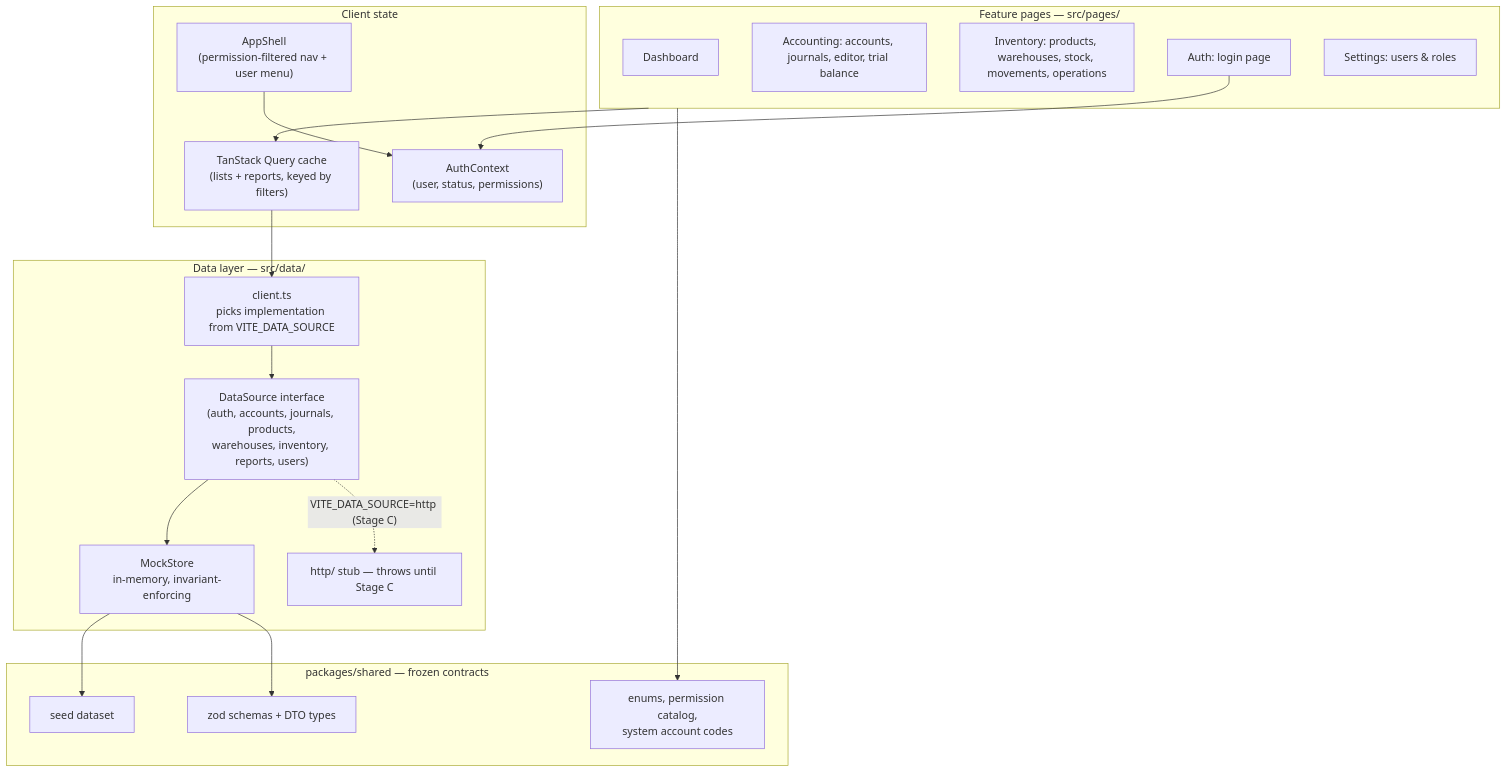
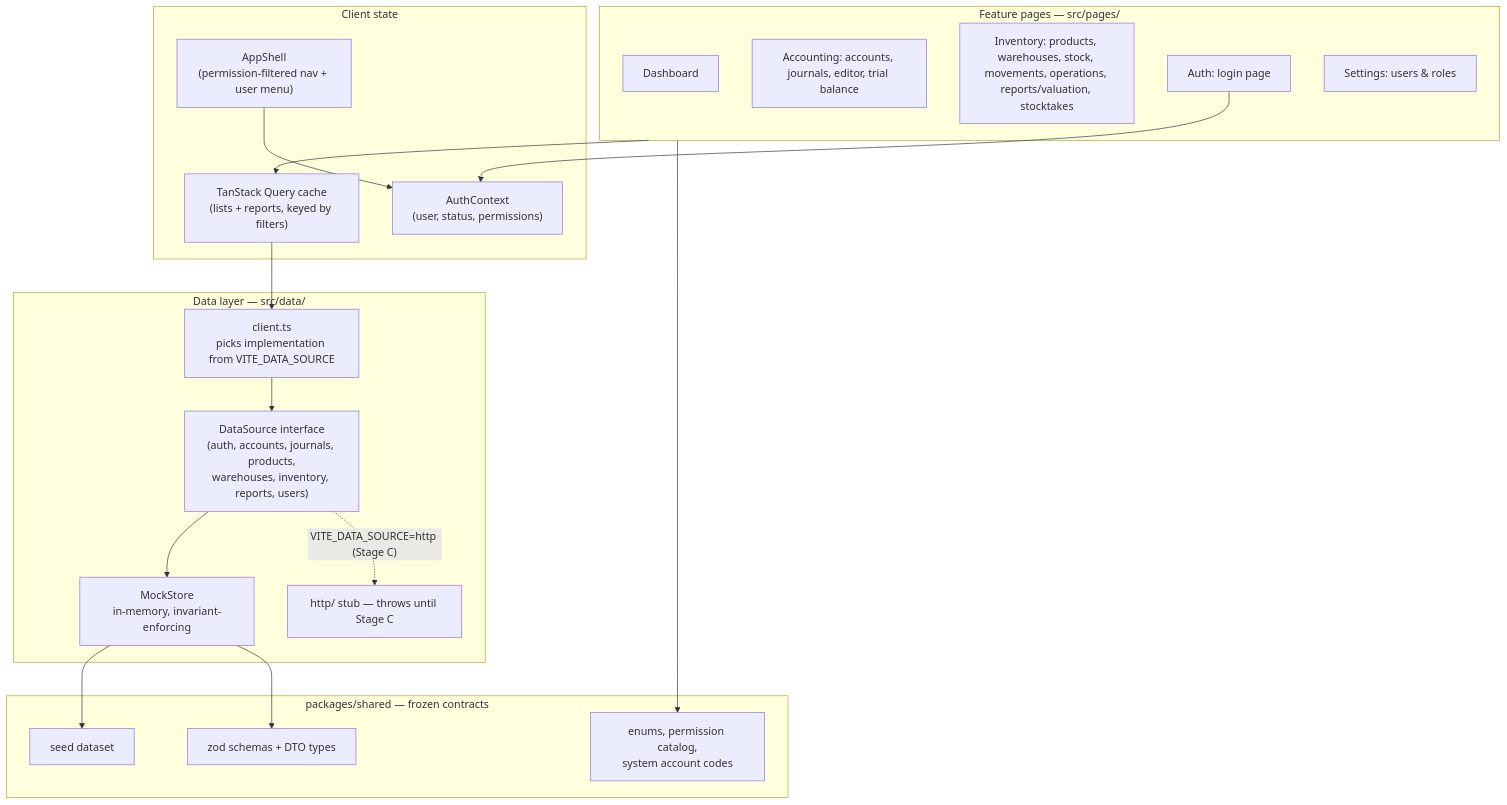
The second of 5 diagrams in docs/ARCHITECTURE.md (ahmed-226/ERP-Suite), drawn with Mermaid before and after one commit. The commit also changed other lines of this file and 2 other files, not shown here.

Commit message:
docs: document inventory reports and stocktakes

````diff
--- a/docs/ARCHITECTURE.md
+++ b/docs/ARCHITECTURE.md
@@ -20,40 +20,40 @@
 ```mermaid
 flowchart TD
     subgraph UI["Feature pages — src/pages/"]
         P1["Dashboard"]
         P2["Accounting: accounts, journals, editor, trial balance"]
-        P3["Inventory: products, warehouses, stock, movements, operations"]
+        P3["Inventory: products, warehouses, stock, movements, operations, reports/valuation, stocktakes"]
         P4["Auth: login page"]
         P5["Settings: users & roles"]
     end
 
     subgraph State["Client state"]
         Q["TanStack Query cache<br/>(lists + reports, keyed by filters)"]
         AC["AuthContext<br/>(user, status, permissions)"]
         SH["AppShell<br/>(permission-filtered nav + user menu)"]
     end
 
     subgraph Data["Data layer — src/data/"]
         DC["client.ts<br/>picks implementation from VITE_DATA_SOURCE"]
         IF["DataSource interface<br/>(auth, accounts, journals, products,<br/>warehouses, inventory, reports, users)"]
         MS["MockStore<br/>in-memory, invariant-enforcing"]
         HS["http/ stub — throws until Stage C"]
     end
 
     subgraph Shared["packages/shared — frozen contracts"]
         ZD["zod schemas + DTO types"]
         SD["seed dataset"]
         CO["enums, permission catalog,<br/>system account codes"]
     end
 
     P4 --> AC
     SH --> AC
     UI --> Q
     Q --> DC
     DC --> IF
     IF --> MS
     IF -.->|"VITE_DATA_SOURCE=http (Stage C)"| HS
     MS --> SD
     MS --> ZD
     UI --> CO
 ```
````
